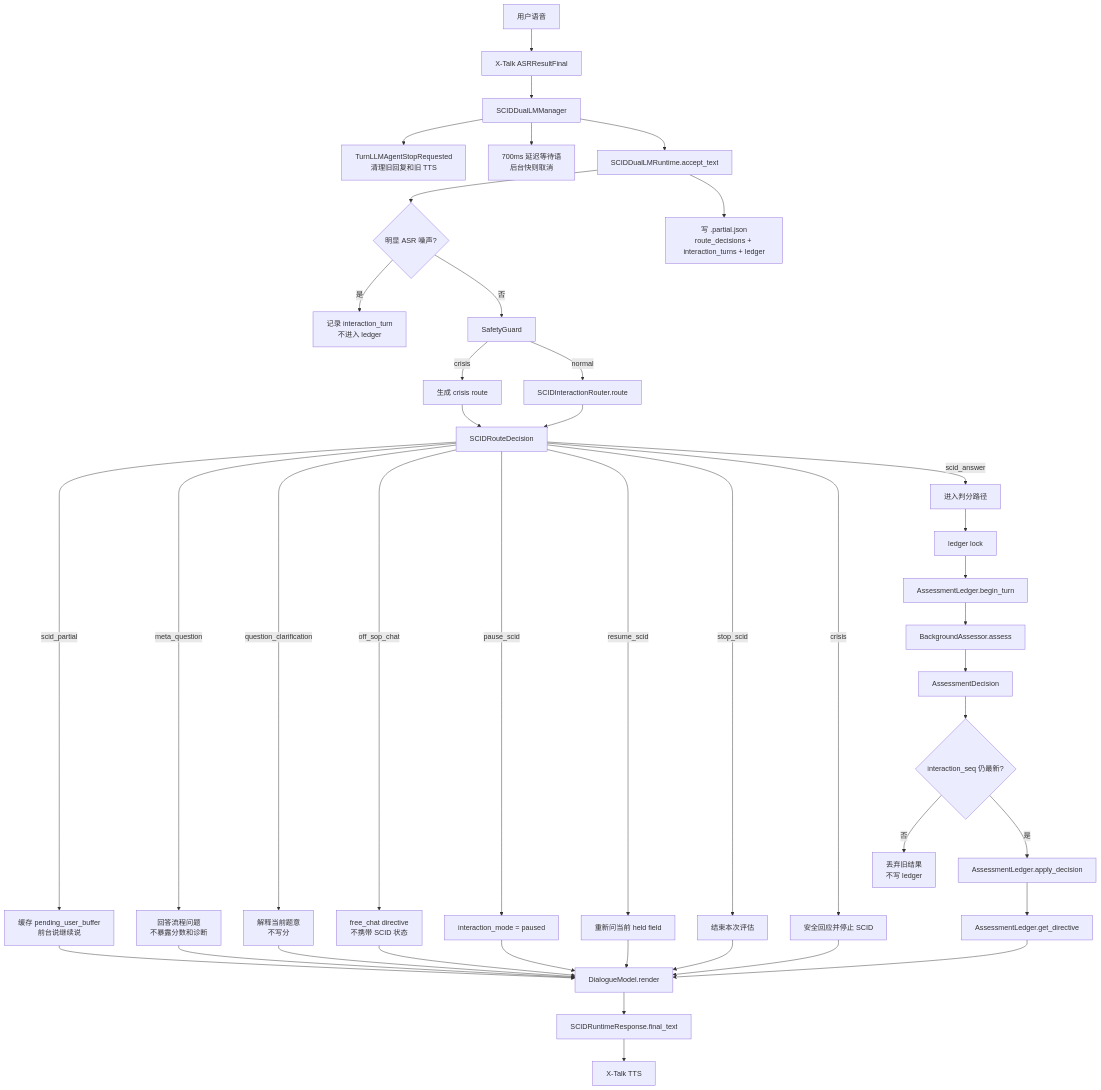
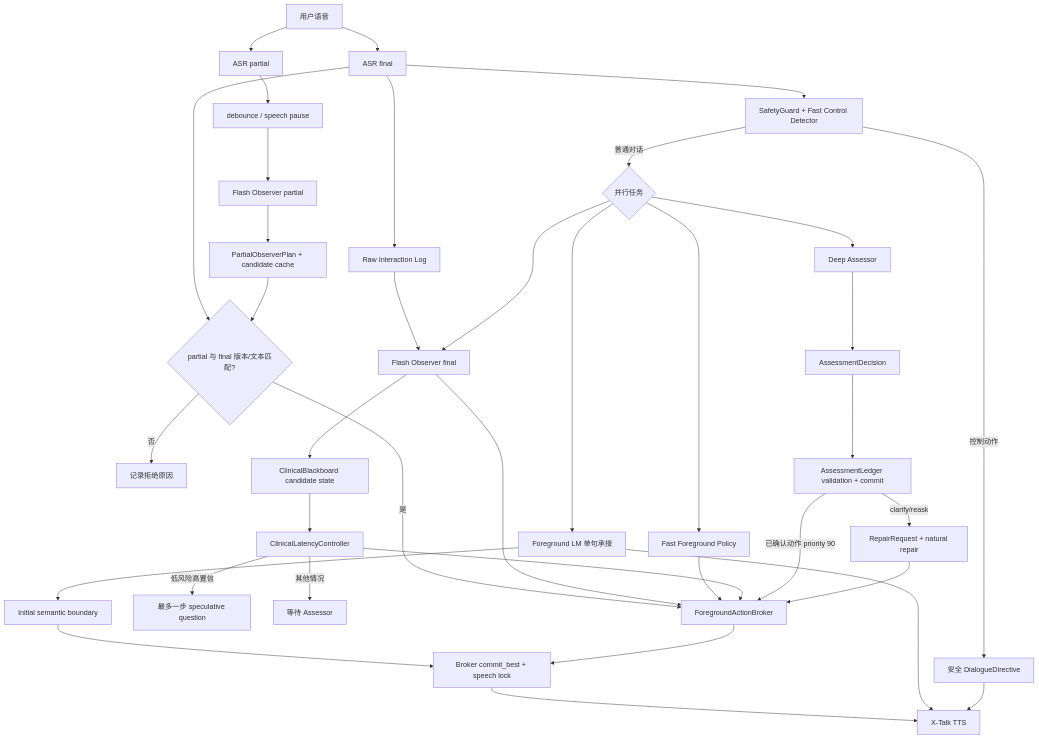
The first of 2 diagrams in src/xtalk/psych_sop/scid/README.md (RRRealCedric/xtalk-self-evolving), drawn with Mermaid before and after one commit. The commit also changed other lines of this file and 40 other files, not shown here.

Commit message:
feature: evolve SCID realtime assessment runtime

````diff
--- a/src/xtalk/psych_sop/scid/README.md
+++ b/src/xtalk/psych_sop/scid/README.md
@@ -53,50 +408,39 @@
 ```mermaid
 flowchart TD
-    U[用户语音] --> ASR[X-Talk ASRResultFinal]
-    ASR --> M[SCIDDualLMManager]
-    M --> STOP[TurnLLMAgentStopRequested<br/>清理旧回复和旧 TTS]
-    M --> WAIT[700ms 延迟等待语<br/>后台快则取消]
-    M --> RT[SCIDDualLMRuntime.accept_text]
-
-    RT --> NOISE{明显 ASR 噪声?}
-    NOISE -->|是| SNAP1[记录 interaction_turn<br/>不进入 ledger]
-    NOISE -->|否| SAFE[SafetyGuard]
-
-    SAFE -->|crisis| CRISIS[生成 crisis route]
-    SAFE -->|normal| ROUTER[SCIDInteractionRouter.route]
-    ROUTER --> ROUTE[SCIDRouteDecision]
-    CRISIS --> ROUTE
-
-    ROUTE -->|scid_partial| PARTIAL[缓存 pending_user_buffer<br/>前台说继续说]
-    ROUTE -->|meta_question| META[回答流程问题<br/>不暴露分数和诊断]
-    ROUTE -->|question_clarification| CLARIFY[解释当前题意<br/>不写分]
-    ROUTE -->|off_sop_chat| CHAT[free_chat directive<br/>不携带 SCID 状态]
-    ROUTE -->|pause_scid| PAUSE[interaction_mode = paused]
-    ROUTE -->|resume_scid| RESUME[重新问当前 held field]
-    ROUTE -->|stop_scid| STOPSCID[结束本次评估]
-    ROUTE -->|crisis| SAFETYOUT[安全回应并停止 SCID]
-    ROUTE -->|scid_answer| SCOREPATH[进入判分路径]
-
-    SCOREPATH --> LOCK[ledger lock]
-    LOCK --> TURN[AssessmentLedger.begin_turn]
-    TURN --> ASSESS[BackgroundAssessor.assess]
-    ASSESS --> DECISION[AssessmentDecision]
-    DECISION --> STALE{interaction_seq 仍最新?}
-    STALE -->|否| DROP[丢弃旧结果<br/>不写 ledger]
-    STALE -->|是| APPLY[AssessmentLedger.apply_decision]
-    APPLY --> DIRECTIVE[AssessmentLedger.get_directive]
-
-    PARTIAL --> FRONT[DialogueModel.render]
-    META --> FRONT
-    CLARIFY --> FRONT
-    CHAT --> FRONT
-    PAUSE --> FRONT
-    RESUME --> FRONT
-    STOPSCID --> FRONT
-    SAFETYOUT --> FRONT
-    DIRECTIVE --> FRONT
-
-    FRONT --> OUT[SCIDRuntimeResponse.final_text]
-    OUT --> TTS[X-Talk TTS]
-    RT --> SNAP2[写 .partial.json<br/>route_decisions + interaction_turns + ledger]
+    U[用户语音] --> P[ASR partial]
+    U --> F[ASR final]
+    P --> OD[debounce / speech pause]
+    OD --> POBS[Flash Observer partial]
+    POBS --> PPLAN[PartialObserverPlan + candidate cache]
+    F --> CTRL[SafetyGuard + Fast Control Detector]
+    F --> RAW[Raw Interaction Log]
+    F --> MATCH{partial 与 final 版本/文本匹配?}
+    PPLAN --> MATCH
+    MATCH -->|是| BROKER[ForegroundActionBroker]
+    MATCH -->|否| REJECT[记录拒绝原因]
+    CTRL -->|控制动作| FD[安全 DialogueDirective]
+    CTRL -->|普通对话| PAR{并行任务}
+    RAW --> OBS[Flash Observer final]
+    PAR --> BRIDGE[Foreground LM 单句承接]
+    PAR --> OBS
+    PAR --> FAST[Fast Foreground Policy]
+    PAR --> ASS[Deep Assessor]
+    OBS --> BB[ClinicalBlackboard candidate state]
+    OBS --> BROKER[ForegroundActionBroker]
+    FAST --> BROKER
+    BB --> ARB[ClinicalLatencyController]
+    ARB --> BROKER
+    ARB -->|低风险高置信| SPEC[最多一步 speculative question]
+    ARB -->|其他情况| HOLD[等待 Assessor]
+    ASS --> DEC[AssessmentDecision]
+    DEC --> LEDGER[AssessmentLedger validation + commit]
+    LEDGER -->|已确认动作 priority 90| BROKER
+    LEDGER -->|clarify/reask| REPAIR[RepairRequest + natural repair]
+    REPAIR --> BROKER
+    BRIDGE --> BOUNDARY[Initial semantic boundary]
+    BOUNDARY --> COMMIT[Broker commit_best + speech lock]
+    BROKER --> COMMIT
+    COMMIT --> TTS[X-Talk TTS]
+    BRIDGE --> TTS
+    FD --> TTS
 ```
````
